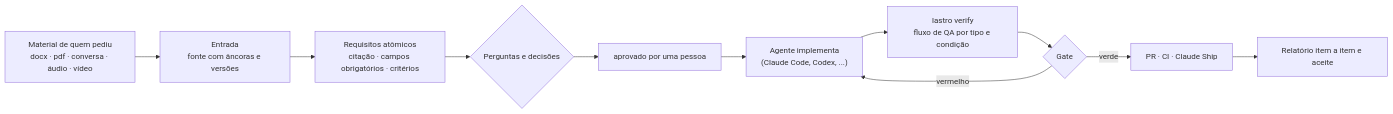
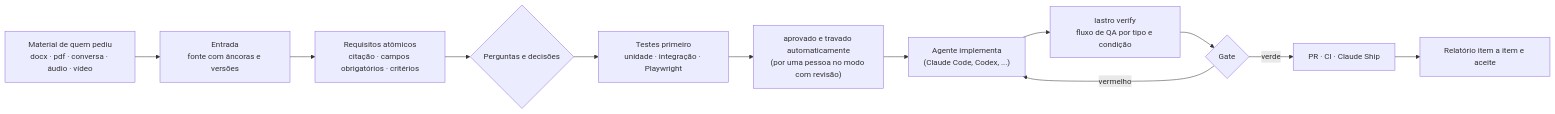
The diagram in README.pt-BR.md (srnakyo/lastro), drawn with Mermaid before and after one commit. The commit also changed other lines of this file and 101 other files, not shown here.

````diff
--- a/README.pt-BR.md
+++ b/README.pt-BR.md
@@ -32,13 +32,14 @@
 ```mermaid
 flowchart LR
   A["Material de quem pediu<br/>docx · pdf · conversa · áudio · vídeo"] --> B["Entrada<br/>fonte com âncoras e versões"]
   B --> C["Requisitos atômicos<br/>citação · campos obrigatórios · critérios"]
   C --> D{"Perguntas e decisões"}
-  D --> E["aprovado por uma pessoa"]
+  D --> T["Testes primeiro<br/>unidade · integração · Playwright"]
+  T --> E["aprovado e travado automaticamente<br/>(por uma pessoa no modo com revisão)"]
   E --> F["Agente implementa<br/>(Claude Code, Codex, ...)"]
   F --> G["lastro verify<br/>fluxo de QA por tipo e condição"]
   G --> H{"Gate"}
   H -- vermelho --> F
   H -- verde --> I["PR · CI · Claude Ship"]
   I --> J["Relatório item a item e aceite"]
 ```
````
